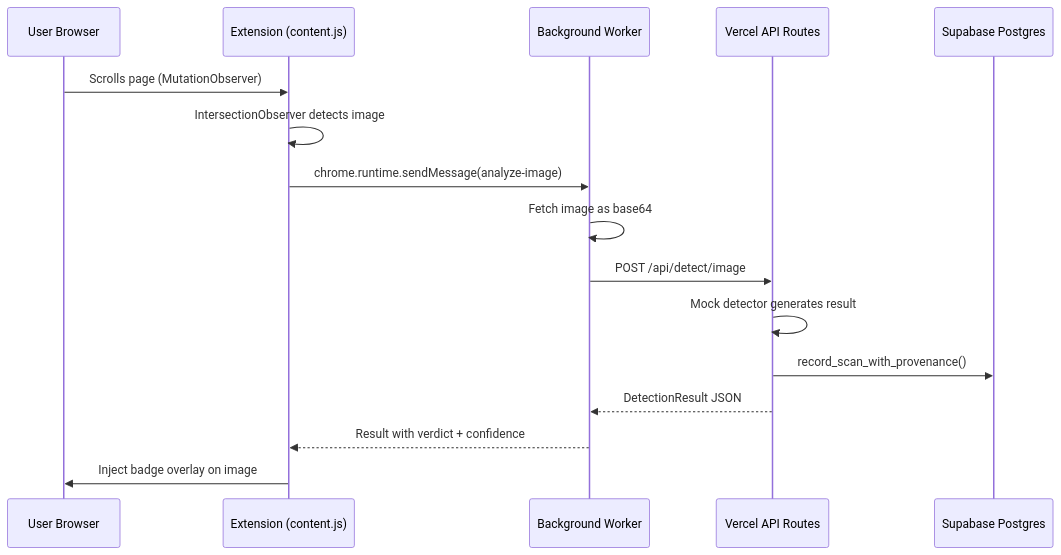
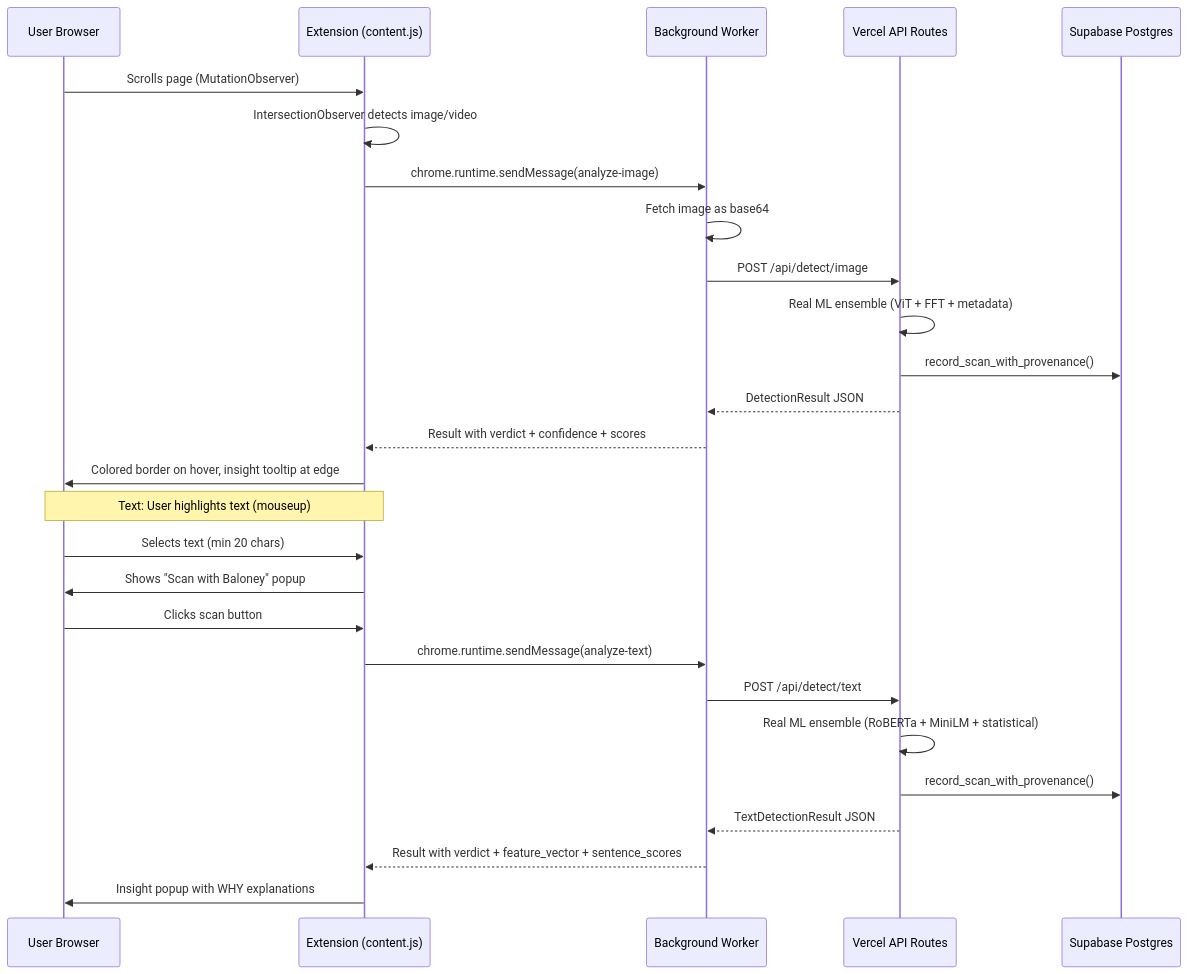
Before and after one commit to nategarelik/baloney: the second of 4 diagrams in docs/ARCHITECTURE.md, drawn with Mermaid. The commit also changed other lines of this file and 20 other files, not shown here.

First line of the commit message:
feat: v0.3.0 — selection-based text, hover borders, real ML detection

````diff
--- a/docs/ARCHITECTURE.md
+++ b/docs/ARCHITECTURE.md
@@ -19,19 +19,31 @@
 ```mermaid
 sequenceDiagram
     participant U as User Browser
     participant E as Extension (content.js)
     participant B as Background Worker
     participant V as Vercel API Routes
     participant S as Supabase Postgres
 
     U->>E: Scrolls page (MutationObserver)
-    E->>E: IntersectionObserver detects image
+    E->>E: IntersectionObserver detects image/video
     E->>B: chrome.runtime.sendMessage(analyze-image)
     B->>B: Fetch image as base64
     B->>V: POST /api/detect/image
-    V->>V: Mock detector generates result
+    V->>V: Real ML ensemble (ViT + FFT + metadata)
     V->>S: record_scan_with_provenance()
     V-->>B: DetectionResult JSON
-    B-->>E: Result with verdict + confidence
-    E->>U: Inject badge overlay on image
+    B-->>E: Result with verdict + confidence + scores
+    E->>U: Colored border on hover, insight tooltip at edge
+
+    Note over U,E: Text: User highlights text (mouseup)
+    U->>E: Selects text (min 20 chars)
+    E->>U: Shows "Scan with Baloney" popup
+    U->>E: Clicks scan button
+    E->>B: chrome.runtime.sendMessage(analyze-text)
+    B->>V: POST /api/detect/text
+    V->>V: Real ML ensemble (RoBERTa + MiniLM + statistical)
+    V->>S: record_scan_with_provenance()
+    V-->>B: TextDetectionResult JSON
+    B-->>E: Result with verdict + feature_vector + sentence_scores
+    E->>U: Insight popup with WHY explanations
 ```
````
